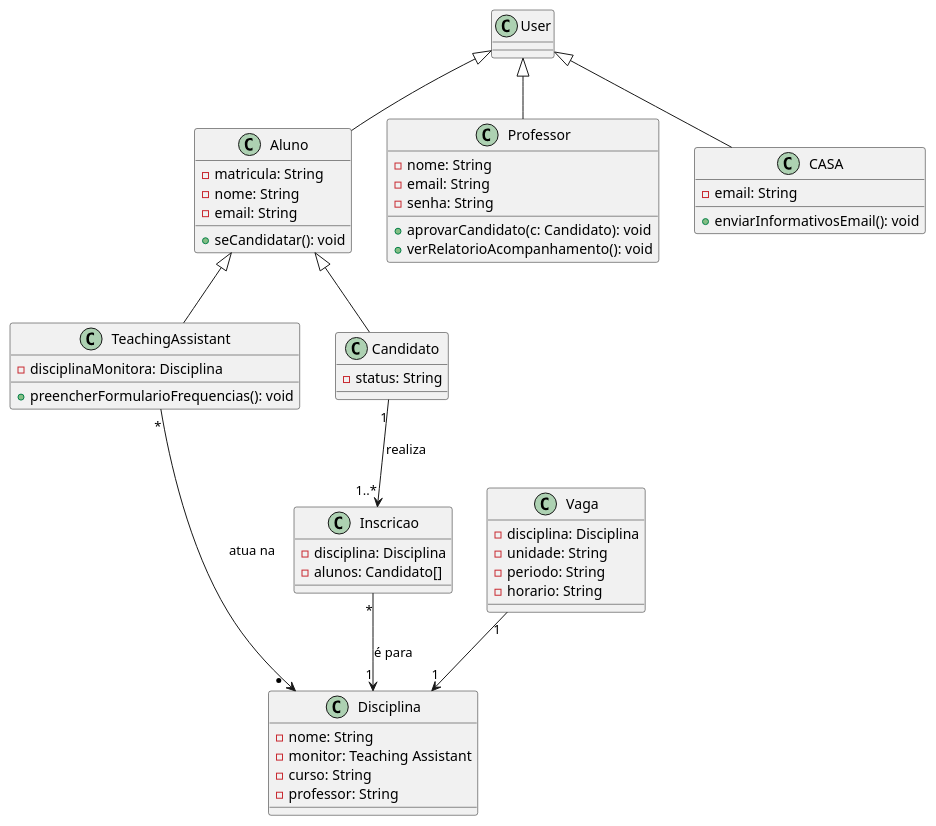
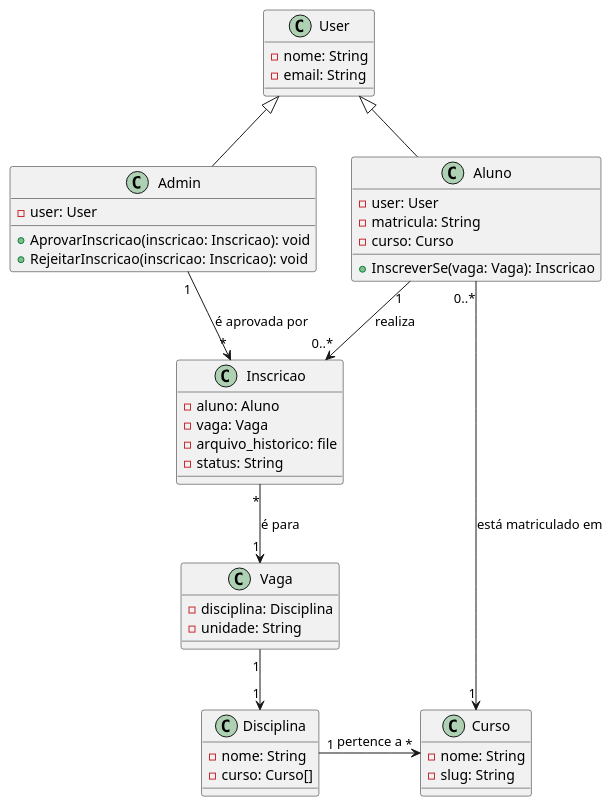
Before and after one commit to Projetos-de-Extensao/PBE_25.2_8004_Pioneiros: the diagram in docs/Elaboracao/diagramaDeClasses.puml, drawn with PlantUML. The commit also changed 73 other files, not shown here.

Commit message:
limpando src e atualizando diagramas

```diff
--- a/docs/Elaboracao/diagramaDeClasses.puml
+++ b/docs/Elaboracao/diagramaDeClasses.puml
@@ -1,101 +1,57 @@
 @startuml
 
 ' Definição das classes
-class User 
-class Aluno {
-    - matricula: String
+class Curso {
     - nome: String
-    - email: String
-
-    + seCandidatar(): void
-}
-class Professor {
-    - nome: String
-    - email: String
-    - senha: String
-
-    + aprovarCandidato(c: Candidato): void
-    + verRelatorioAcompanhamento(): void
-
-}
-class CASA {
-    - email: String
-    
-    + enviarInformativosEmail(): void
-}
-
-class Candidato {
-    - status: String
-}
-' class AlunoMonitorado {
-'     - aulasParticipadas: int
-
-'     + preencherRelatorioExperiencia(): void
-' }
-
-class TeachingAssistant {
-    - disciplinaMonitora: Disciplina
-
-    + preencherFormularioFrequencias(): void
+    - slug: String
 }
 
 class Disciplina {
     - nome: String
-    - monitor: Teaching Assistant
-    - curso: String
-    - professor: String
-}
-
-class Inscricao {
-    - disciplina: Disciplina
-    - alunos: Candidato[]
+    - curso: Curso[]
 }
 
 class Vaga {
     - disciplina: Disciplina
     - unidade: String
-    - periodo: String
-    - horario: String
 }
 
-' class Entrevista {
-'     - aluno: Candidato
-' }
+class User {
+    - nome: String
+    - email: String
+}
+class Aluno {
+    - user: User
+    - matricula: String
+    - curso: Curso
 
-' class SessaoMonitoria {
-'     - data: LocalDate
-'     - monitorados: AlunoMonitorado[]
-'     - qtdAlunos: int
-' }
+    + InscreverSe(vaga: Vaga): Inscricao
+}
 
-' Relacionamentos de Herança (Generalização)
-' Um Aluno, Professor e CASA são tipos de Usuário.
+class Inscricao {
+    - aluno: Aluno
+    - vaga: Vaga
+    - arquivo_historico: file
+    - status: String
+}
+
+class Admin {
+    - user: User
+
+    + AprovarInscricao(inscricao: Inscricao): void
+    + RejeitarInscricao(inscricao: Inscricao): void
+}
+
 User <|-down- Aluno
-User <|-down- Professor
-User <|-down- CASA
+User <|-down- Admin
+Aluno -[hidden]left- Admin
+
+Aluno "0..*" --> "1" Curso : está matriculado em
+Aluno "1" --> "0..*" Inscricao : realiza
+Disciplina "1" -right-> "*" Curso : pertence a
+Vaga "1" --> "1" Disciplina
+Inscricao "*" --> "1" Vaga : é para
+Inscricao "*" <-- "1" Admin : é aprovada por
 
 
-Aluno <|-down- Candidato
-' Aluno <|-down- Monitorado
-Aluno <|-down- TeachingAssistant
-Candidato <-[hidden]left- TeachingAssistant
-
-' Aluno <-[hidden]left- Professor
-' Aluno <-[hidden]left- CASA
-
-Vaga "1" --> "1" Disciplina
-Candidato "1" --> "1..*" Inscricao : realiza
-Inscricao "*" --> "1" Disciplina : é para
-' Inscricao "1" --> "0..1" Entrevista : pode gerar
-' Entrevista "1" --> "1..*" Candidato : entrevista
-' Entrevista "1" --> "1..*" Professor : conduzida por
-' CASA "1" --> "0..*" Entrevista : agendada por
-
-' O fluxo de monitoria e acompanhamento
-TeachingAssistant "*" --> "*  " Disciplina : atua na
-' TeachingAssistant "1" --> "0..*" SessaoMonitoria : registra
-' SessaoMonitoria "*" --> "1" Disciplina : é sobre
-' Professor "1" --> "0..*" TeachingAssistant : supervisiona
-' CASA "1" --> "0..*" TeachingAssistant : acompanha
-
 @enduml
```
